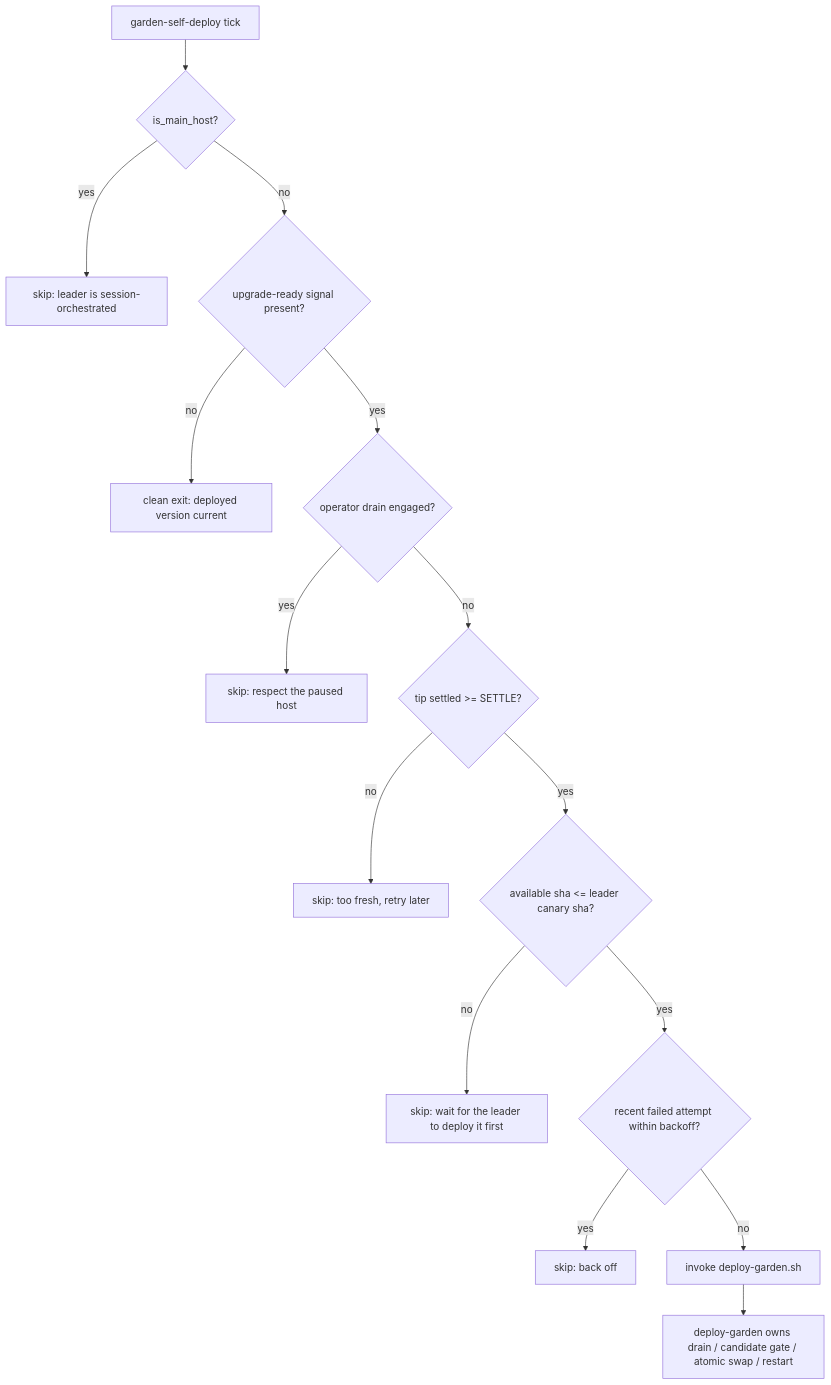
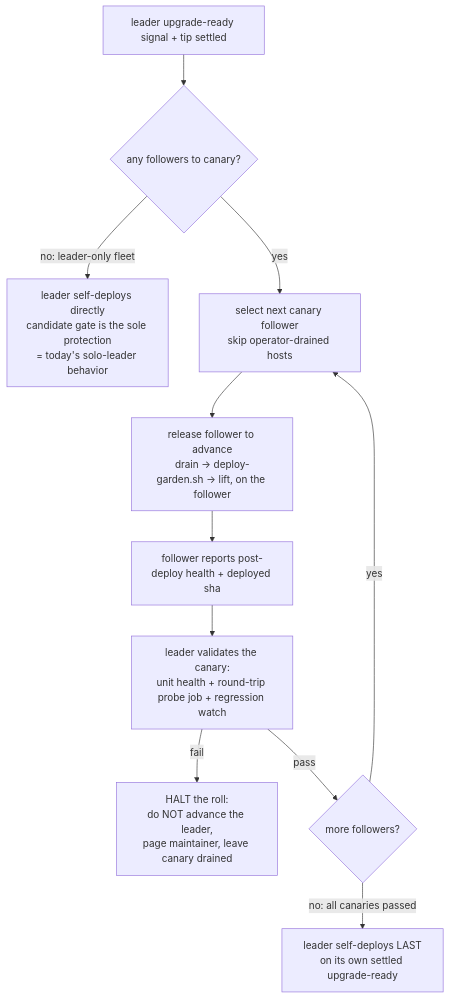
The diagram in designs/follower-self-deploy.md (kriscendobot/garden), drawn with Mermaid before and after one commit. The commit also changed other lines of this file and 1 other file, not shown here.

````diff
--- a/designs/follower-self-deploy.md
+++ b/designs/follower-self-deploy.md
@@ -87,17 +87,13 @@
 ```mermaid
 flowchart TD
-  A[garden-self-deploy tick] --> B{is_main_host?}
-  B -- yes --> Z[skip: leader is session-orchestrated]
-  B -- no --> C{upgrade-ready signal present?}
-  C -- no --> Y[clean exit: deployed version current]
-  C -- yes --> D{operator drain engaged?}
-  D -- yes --> Z2[skip: respect the paused host]
-  D -- no --> E{tip settled >= SETTLE?}
-  E -- no --> W[skip: too fresh, retry later]
-  E -- yes --> F{available sha <= leader canary sha?}
-  F -- no --> V[skip: wait for the leader to deploy it first]
-  F -- yes --> G{recent failed attempt within backoff?}
-  G -- yes --> U[skip: back off]
-  G -- no --> H[invoke deploy-garden.sh]
-  H --> I[deploy-garden owns drain / candidate gate / atomic swap / restart]
+  A[leader upgrade-ready signal + tip settled] --> B{any followers to canary?}
+  B -- no: leader-only fleet --> L[leader self-deploys directly<br/>candidate gate is the sole protection<br/>= today's solo-leader behavior]
+  B -- yes --> C[select next canary follower<br/>skip operator-drained hosts]
+  C --> D[release follower to advance<br/>drain → deploy-garden.sh → lift, on the follower]
+  D --> E[follower reports post-deploy health + deployed sha]
+  E --> F[leader validates the canary:<br/>unit health + round-trip probe job + regression watch]
+  F -- fail --> H[HALT the roll:<br/>do NOT advance the leader,<br/>page maintainer, leave canary drained]
+  F -- pass --> G{more followers?}
+  G -- yes --> C
+  G -- no: all canaries passed --> K[leader self-deploys LAST<br/>on its own settled upgrade-ready]
 ```
````
